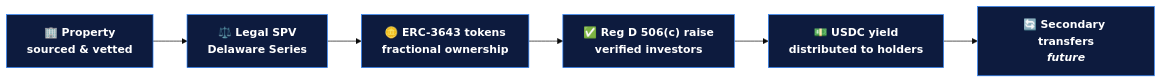
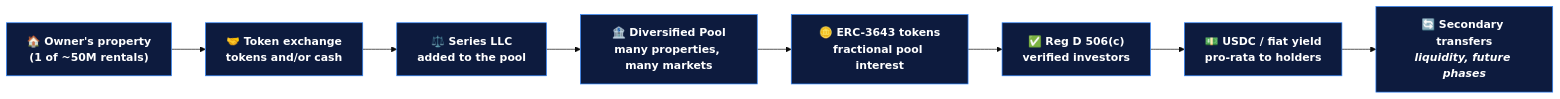
One commit to Gur-noor/Property-United changed the diagram in docs/solution.md. Above: the diagram before and after it, drawn with Mermaid (base theme). The commit also changed other lines of this file and 11 other files, not shown here.

First line of the commit message:
Rework whitepaper around diversified-pool / token-exchange thesis

````diff
--- a/docs/solution.md
+++ b/docs/solution.md
@@ -11,11 +17,13 @@
 ```mermaid
 flowchart LR
-    A["🏢 Property<br/>sourced & vetted"] --> B["⚖️ Legal SPV<br/>Delaware Series"]
-    B --> C["🪙 ERC-3643 tokens<br/>fractional ownership"]
-    C --> D["✅ Reg D 506(c) raise<br/>verified investors"]
-    D --> E["💵 USDC yield<br/>distributed to holders"]
-    E --> F["🔄 Secondary transfers<br/><i>future</i>"]
+    S["🏠 Owner's property<br/>(1 of ~50M rentals)"] --> X["🤝 Token exchange<br/>tokens and/or cash"]
+    X --> B["⚖️ Series LLC<br/>added to the pool"]
+    B --> P["🏦 Diversified Pool<br/>many properties, many markets"]
+    P --> C["🪙 ERC-3643 tokens<br/>fractional pool interest"]
+    C --> D["✅ Reg D 506(c)<br/>verified investors"]
+    D --> E["💵 USDC / fiat yield<br/>pro-rata to holders"]
+    E --> F["🔄 Secondary transfers<br/><i>liquidity, future phases</i>"]
 
     classDef step fill:#0d1b3e,stroke:#2E86FF,color:#ffffff,font-weight:600;
-    class A,B,C,D,E,F step;
+    class S,X,B,P,C,D,E,F step;
 ```
````
